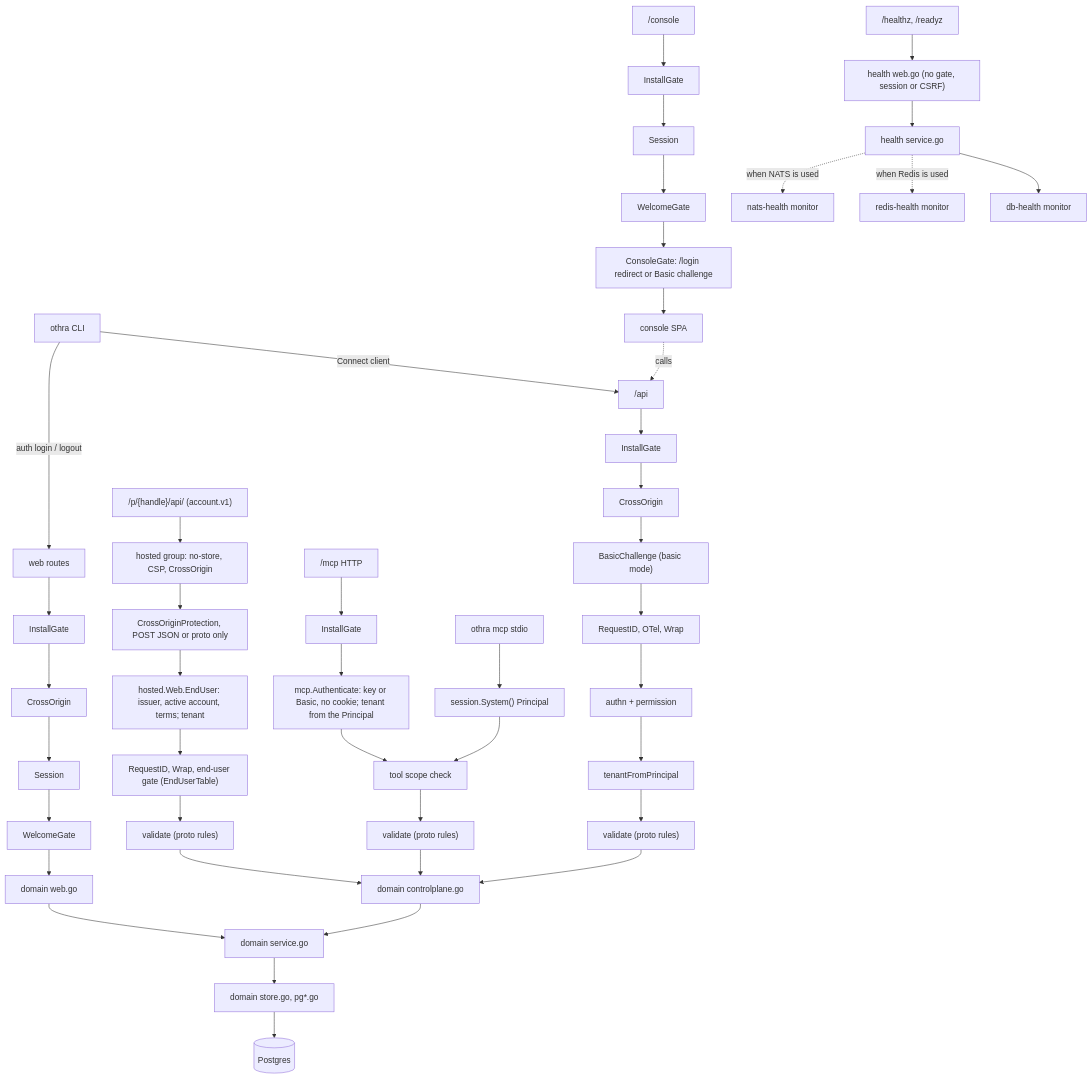
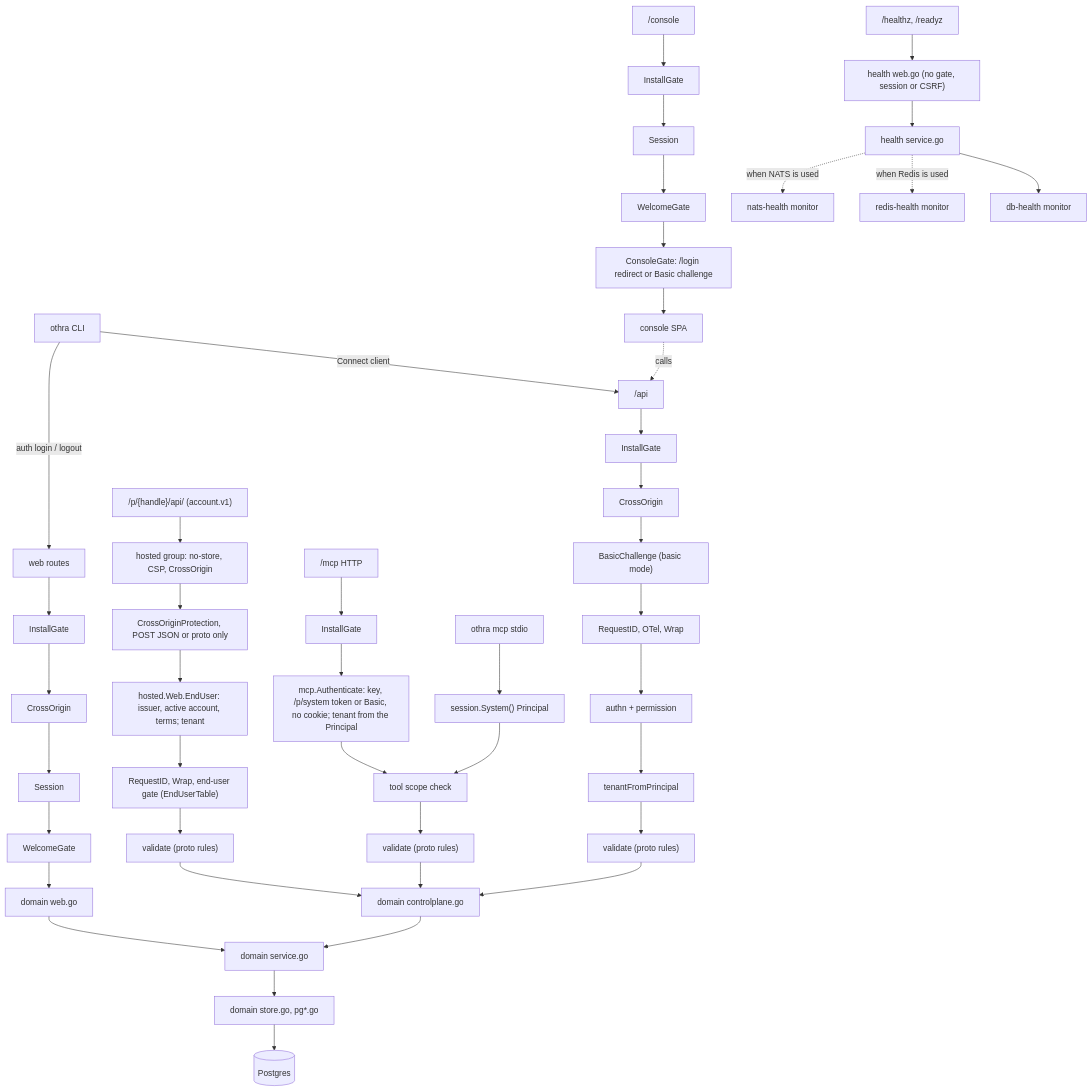
The second of 3 diagrams in internal/boot/README.md (altalune-id/othra), drawn with Mermaid before and after one commit. The commit also changed other lines of this file and 79 other files, not shown here.

````diff
--- a/internal/boot/README.md
+++ b/internal/boot/README.md
@@ -52,19 +52,19 @@
 ```mermaid
 flowchart TD
     CLI["othra CLI"] -- Connect client --> API
     CLI -- "auth login / logout" --> WEB
     API["/api"] --> G1[InstallGate] --> C1[CrossOrigin] --> B1["BasicChallenge (basic mode)"] --> I1["RequestID, OTel, Wrap"] --> I2["authn + permission"] --> I3[tenantFromPrincipal] --> V1["validate (proto rules)"] --> DC
     WEB["web routes"] --> G2[InstallGate] --> C2[CrossOrigin] --> S2[Session] --> W2[WelcomeGate] --> DW
     CON["/console"] --> G3[InstallGate] --> S3[Session] --> W3[WelcomeGate] --> CG3["ConsoleGate: /login redirect or Basic challenge"] --> SPA[console SPA]
     SPA -. calls .-> API
-    MCPH["/mcp HTTP"] --> G4[InstallGate] --> A4["mcp.Authenticate: key or Basic, no cookie; tenant from the Principal"] --> T4["tool scope check"] --> V4["validate (proto rules)"] --> DC
+    MCPH["/mcp HTTP"] --> G4[InstallGate] --> A4["mcp.Authenticate: key, /p/system token or Basic, no cookie; tenant from the Principal"] --> T4["tool scope check"] --> V4["validate (proto rules)"] --> DC
     MCPS["othra mcp stdio"] --> SYS["session.System() Principal"] --> T4
     ACC["/p/{handle}/api/ (account.v1)"] --> H5["hosted group: no-store, CSP, CrossOrigin"] --> C5["CrossOriginProtection, POST JSON or proto only"] --> R5["hosted.Web.EndUser: issuer, active account, terms; tenant"] --> I5["RequestID, Wrap, end-user gate (EndUserTable)"] --> V5["validate (proto rules)"] --> DC
     LB["/healthz, /readyz"] --> HW["health web.go (no gate, session or CSRF)"] --> HS["health service.go"] --> DBH["db-health monitor"]
     HS -. "when Redis is used" .-> RDH["redis-health monitor"]
     HS -. "when NATS is used" .-> NAH["nats-health monitor"]
 
     DC["domain controlplane.go"] --> SVC["domain service.go"]
     DW["domain web.go"] --> SVC
     SVC --> ST["domain store.go, pg*.go"] --> PG[(Postgres)]
 ```
````
